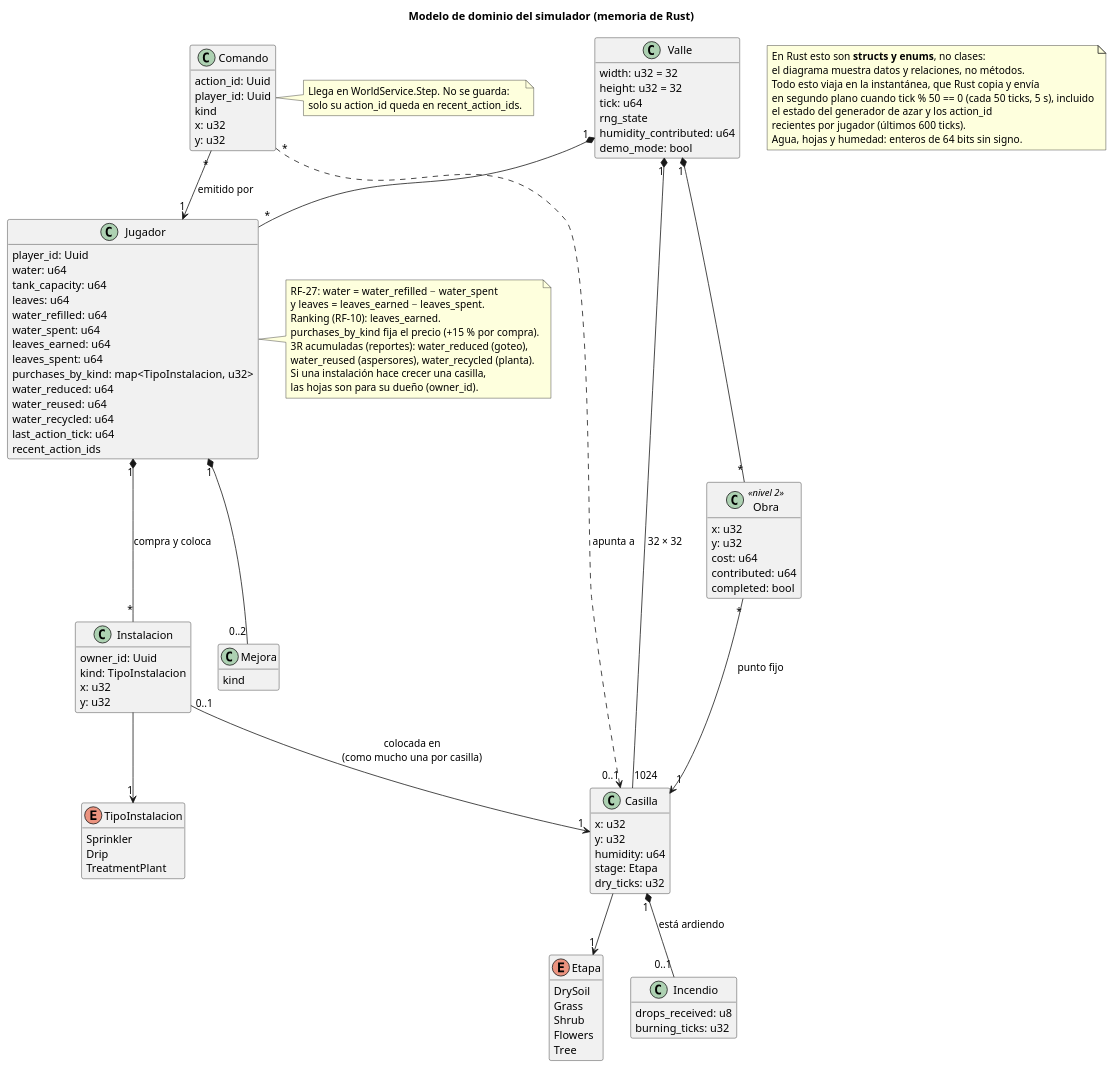
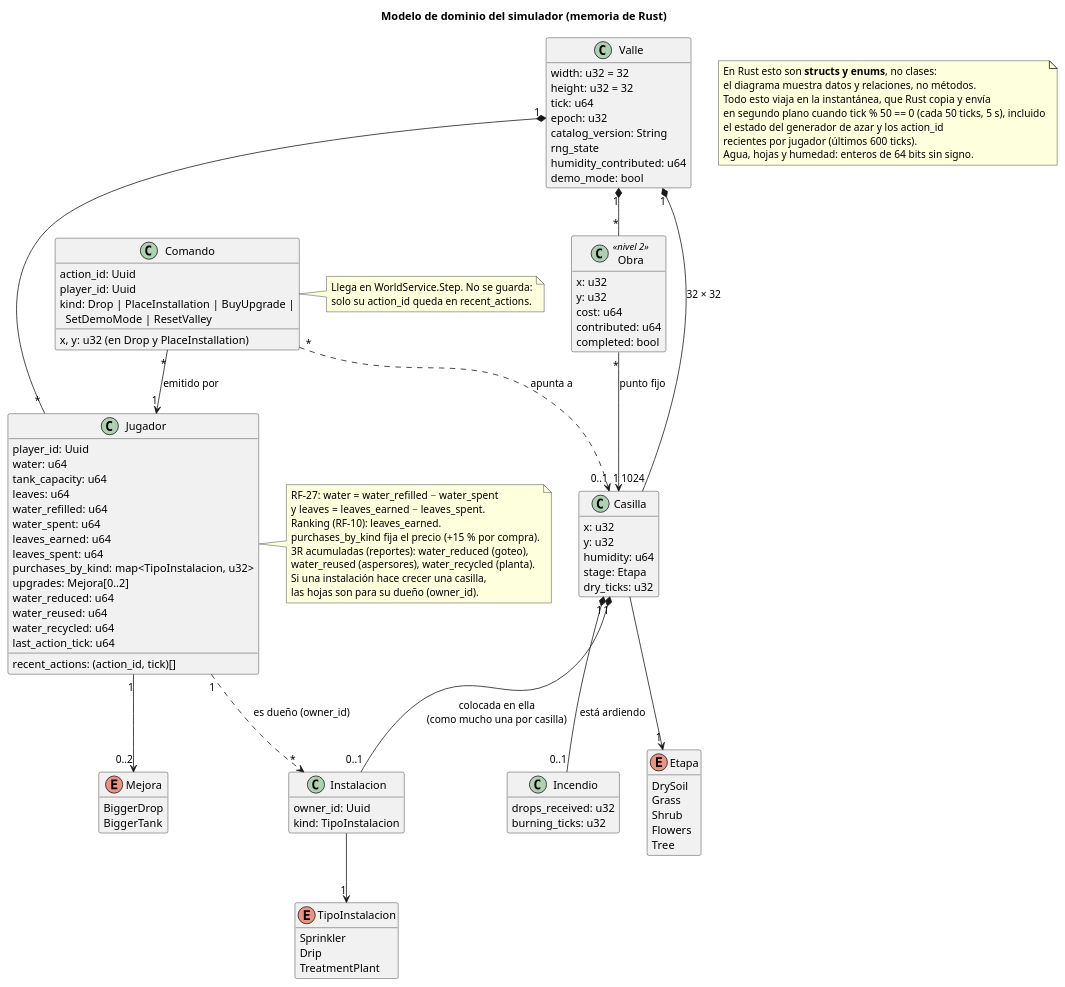
One commit to iadev2005/hydrovalley changed the diagram in docs/diagrams/06-dominio-simulador.puml. Above: the diagram before and after it, drawn with PlantUML. The commit also changed 7 other files, not shown here.

Commit message:
docs(diagrams): bring diagrams in line with the code

```diff
--- a/docs/diagrams/06-dominio-simulador.puml
+++ b/docs/diagrams/06-dominio-simulador.puml
@@ -1,124 +1,125 @@
 @startuml 06-dominio-simulador
 title Modelo de dominio del simulador (memoria de Rust)
 hide empty methods
 
 class Valle {
   width: u32 = 32
   height: u32 = 32
   tick: u64
+  epoch: u32
+  catalog_version: String
   rng_state
   humidity_contributed: u64
   demo_mode: bool
 }
 
 class Casilla {
   x: u32
   y: u32
   humidity: u64
   stage: Etapa
   dry_ticks: u32
 }
 
 enum Etapa {
   DrySoil
   Grass
   Shrub
   Flowers
   Tree
 }
 
 class Jugador {
   player_id: Uuid
   water: u64
   tank_capacity: u64
   leaves: u64
   water_refilled: u64
   water_spent: u64
   leaves_earned: u64
   leaves_spent: u64
   purchases_by_kind: map<TipoInstalacion, u32>
+  upgrades: Mejora[0..2]
   water_reduced: u64
   water_reused: u64
   water_recycled: u64
   last_action_tick: u64
-  recent_action_ids
+  recent_actions: (action_id, tick)[]
 }
 
 class Instalacion {
   owner_id: Uuid
   kind: TipoInstalacion
-  x: u32
-  y: u32
 }
 
 enum TipoInstalacion {
   Sprinkler
   Drip
   TreatmentPlant
 }
 
-class Mejora {
-  kind
+enum Mejora {
+  BiggerDrop
+  BiggerTank
 }
 
 class Comando {
   action_id: Uuid
   player_id: Uuid
-  kind
-  x: u32
-  y: u32
+  kind: Drop | PlaceInstallation | BuyUpgrade |\n  SetDemoMode | ResetValley
+  x, y: u32 (en Drop y PlaceInstallation)
 }
 
 class Incendio {
-  drops_received: u8
+  drops_received: u32
   burning_ticks: u32
 }
 
 class Obra <<nivel 2>> {
   x: u32
   y: u32
   cost: u64
   contributed: u64
   completed: bool
 }
 
 Valle "1" *-- "1024" Casilla : 32 × 32
 Valle "1" *-- "*" Jugador
 Casilla --> "1" Etapa
 Casilla "1" *-- "0..1" Incendio : está ardiendo
-Jugador "1" *-- "*" Instalacion : compra y coloca
+Jugador "1" ..> "*" Instalacion : es dueño (owner_id)
 Instalacion --> "1" TipoInstalacion
-Instalacion "0..1" --> "1" Casilla : colocada en\n(como mucho una por casilla)
-Jugador "1" *-- "0..2" Mejora
+Casilla "1" *-- "0..1" Instalacion : colocada en ella\n(como mucho una por casilla)
+Jugador "1" --> "0..2" Mejora
 Comando "*" --> "1" Jugador : emitido por
 Comando "*" ..> "0..1" Casilla : apunta a
 Valle "1" *-- "*" Obra
 Obra "*" --> "1" Casilla : punto fijo
 
 note as N1
   En Rust esto son <b>structs y enums</b>, no clases:
   el diagrama muestra datos y relaciones, no métodos.
   Todo esto viaja en la instantánea, que Rust copia y envía
   en segundo plano cuando tick % 50 == 0 (cada 50 ticks, 5 s), incluido
   el estado del generador de azar y los action_id
   recientes por jugador (últimos 600 ticks).
   Agua, hojas y humedad: enteros de 64 bits sin signo.
 end note
 
 note right of Jugador
   RF-27: water = water_refilled − water_spent
   y leaves = leaves_earned − leaves_spent.
   Ranking (RF-10): leaves_earned.
   purchases_by_kind fija el precio (+15 % por compra).
   3R acumuladas (reportes): water_reduced (goteo),
   water_reused (aspersores), water_recycled (planta).
   Si una instalación hace crecer una casilla,
   las hojas son para su dueño (owner_id).
 end note
 
 note right of Comando
   Llega en WorldService.Step. No se guarda:
-  solo su action_id queda en recent_action_ids.
+  solo su action_id queda en recent_actions.
 end note
 
 @enduml
```
